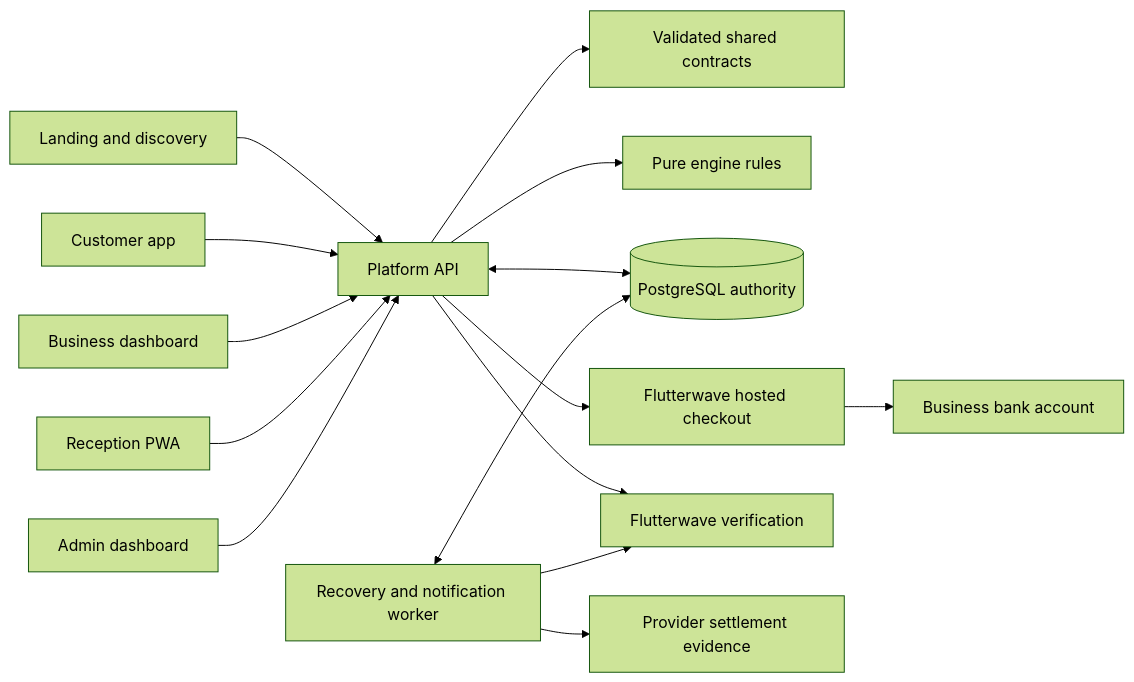
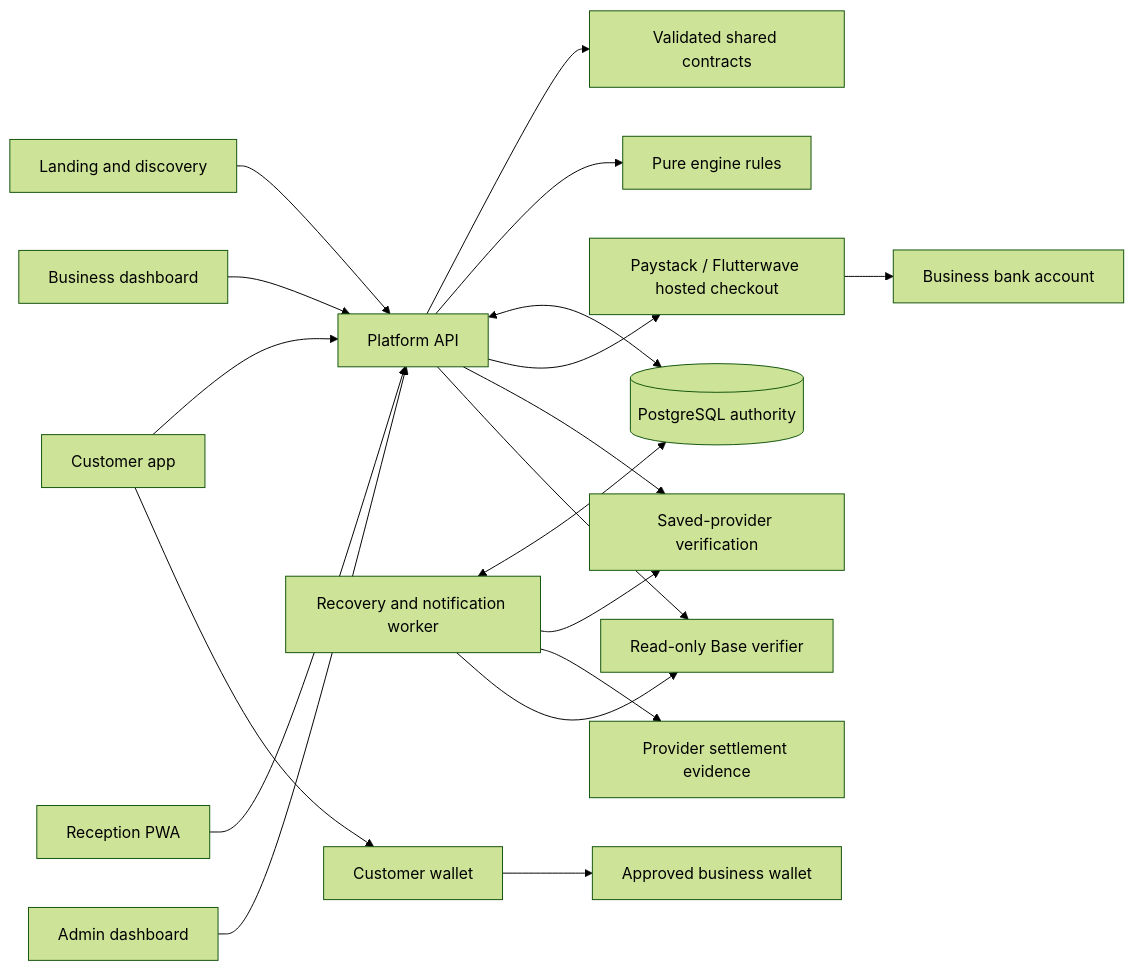
One commit to CyberGrills/apren changed the diagram in docs/7even/ARCHITECTURE.md. Above: the diagram before and after it, drawn with Mermaid (forest theme). The commit also changed other lines of this file and 31 other files, not shown here.

````diff
--- a/docs/7even/ARCHITECTURE.md
+++ b/docs/7even/ARCHITECTURE.md
@@ -9,17 +9,21 @@
 ```mermaid
 flowchart LR
   Public[Landing and discovery] --> API[Platform API]
   Customer[Customer app] --> API
   Business[Business dashboard] --> API
   Reception[Reception PWA] --> API
   Admin[Admin dashboard] --> API
   API --> Contracts[Validated shared contracts]
   API --> Engine[Pure engine rules]
   API <--> DB[(PostgreSQL authority)]
   Worker[Recovery and notification worker] <--> DB
-  API --> Checkout[Flutterwave hosted checkout]
-  API --> Verify[Flutterwave verification]
+  API --> Checkout[Paystack / Flutterwave hosted checkout]
+  API --> Verify[Saved-provider verification]
   Worker --> Verify
   Worker --> Settlement[Provider settlement evidence]
   Checkout --> Bank[Business bank account]
+  Customer --> Wallet[Customer wallet]
+  Wallet --> Merchant[Approved business wallet]
+  API --> Base[Read-only Base verifier]
+  Worker --> Base
 ```
````
